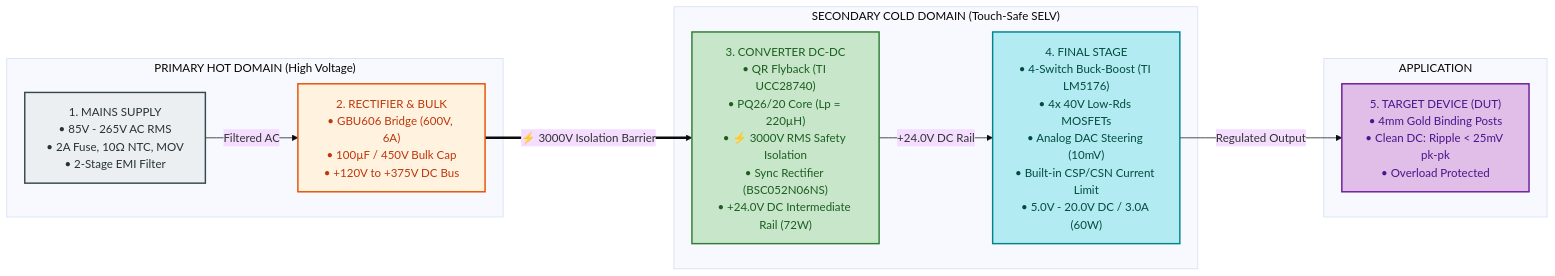
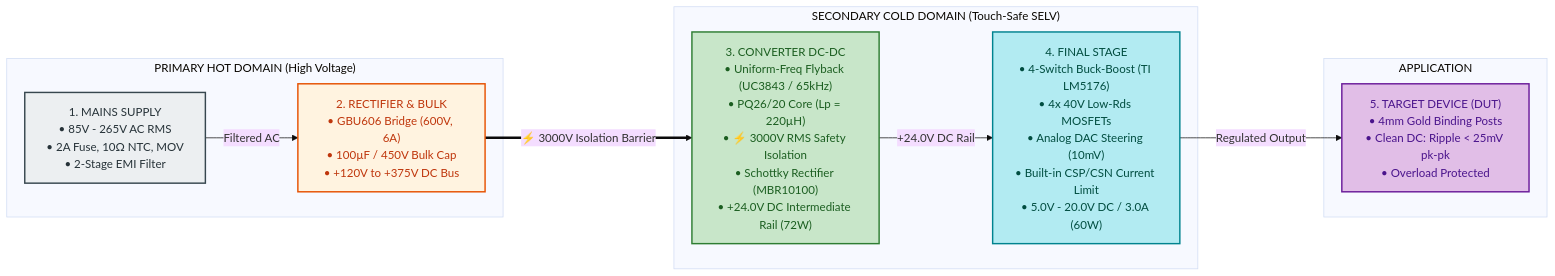
Before and after one commit to tthongs/av_iv: the diagram in smart_programmable_power_supply/mermaid/four_stage_power_flow.mmd, drawn with Mermaid (base theme). The commit also changed 30 other files, not shown here.

First line of the commit message:
feat(spps): implement uniform-frequency flyback architecture and standalone subsystem table

```diff
--- a/smart_programmable_power_supply/mermaid/four_stage_power_flow.mmd
+++ b/smart_programmable_power_supply/mermaid/four_stage_power_flow.mmd
@@ -1,26 +1,26 @@
 flowchart LR
     %% Domain Styles
     classDef acStyle fill:#ECEFF1,stroke:#37474F,stroke-width:2px,color:#263238
     classDef rectStyle fill:#FFF3E0,stroke:#E65100,stroke-width:2px,color:#BF360C
     classDef isoStyle fill:#C8E6C9,stroke:#2E7D32,stroke-width:2px,color:#1B5E20
     classDef bbStyle fill:#B2EBF2,stroke:#00838F,stroke-width:2px,color:#004D40
     classDef dutStyle fill:#E1BEE7,stroke:#6A1B9A,stroke-width:2px,color:#4A148C
 
     subgraph HOT_DOMAIN ["PRIMARY HOT DOMAIN (High Voltage)"]
         S1["1. MAINS SUPPLY<br/>• 85V - 265V AC RMS<br/>• 2A Fuse, 10Ω NTC, MOV<br/>• 2-Stage EMI Filter"]:::acStyle
         S2["2. RECTIFIER & BULK<br/>• GBU606 Bridge (600V, 6A)<br/>• 100µF / 450V Bulk Cap<br/>• +120V to +375V DC Bus"]:::rectStyle
         S1 -->|"Filtered AC"| S2
     end
 
     subgraph COLD_DOMAIN ["SECONDARY COLD DOMAIN (Touch-Safe SELV)"]
-        S3["3. CONVERTER DC-DC<br/>• QR Flyback (TI UCC28740)<br/>• PQ26/20 Core (Lp = 220µH)<br/>• ⚡ 3000V RMS Safety Isolation<br/>• Sync Rectifier (BSC052N06NS)<br/>• +24.0V DC Intermediate Rail (72W)"]:::isoStyle
+        S3["3. CONVERTER DC-DC<br/>• Uniform-Freq Flyback (UC3843 / 65kHz)<br/>• PQ26/20 Core (Lp = 220µH)<br/>• ⚡ 3000V RMS Safety Isolation<br/>• Schottky Rectifier (MBR10100)<br/>• +24.0V DC Intermediate Rail (72W)"]:::isoStyle
         S4["4. FINAL STAGE<br/>• 4-Switch Buck-Boost (TI LM5176)<br/>• 4x 40V Low-Rds MOSFETs<br/>• Analog DAC Steering (10mV)<br/>• Built-in CSP/CSN Current Limit<br/>• 5.0V - 20.0V DC / 3.0A (60W)"]:::bbStyle
         S3 -->|"+24.0V DC Rail"| S4
     end
 
     subgraph LOAD_DOMAIN ["APPLICATION"]
         S5["5. TARGET DEVICE (DUT)<br/>• 4mm Gold Binding Posts<br/>• Clean DC: Ripple < 25mV pk-pk<br/>• Overload Protected"]:::dutStyle
     end
 
     S2 ==>|"⚡ 3000V Isolation Barrier"| S3
     S4 -->|"Regulated Output"| S5
```
